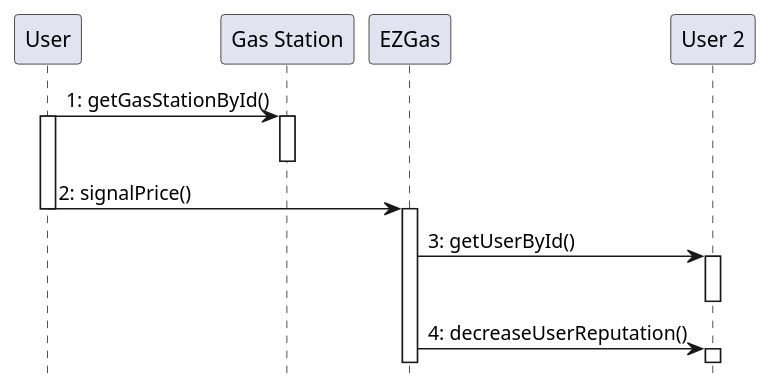
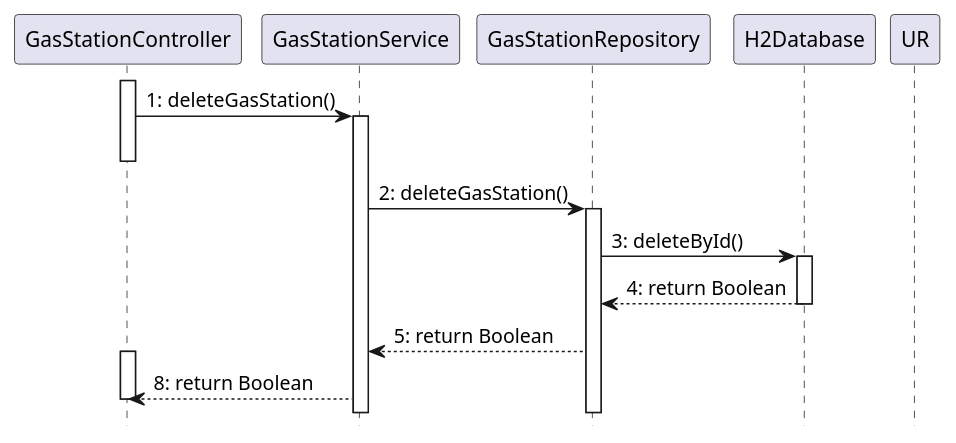
Before and after one commit to SE2-group4/SE1-project: diagram 11 of 15 in docs/DesignDocument.md, drawn with PlantUML. The commit also changed other lines of this file, not shown here.

````diff
--- a/docs/DesignDocument.md
+++ b/docs/DesignDocument.md
@@ -640,30 +778,33 @@
 ```plantuml
-
 @startuml
 hide footbox
 skinparam shadowing false
 
-participant User as U
-participant "Gas Station" as GS
-participant EZGas as E
-participant "User 2" as U2
+participant GasStationController as GC
+participant GasStationService as GS
+participant GasStationRepository as GR
+participant H2Database as H2
 
-U -> GS: 1: getGasStationById()
-activate U
+activate GC
+GC -> GS: 1: deleteGasStation()
 activate GS
+deactivate GC
 
-deactivate GS
-U -> E: 2: signalPrice()
-deactivate U
-activate E
+GS -> GR: 2: deleteGasStation()
+activate GR
 
-E -> U2: 3: getUserById()
-activate U2
+GR -> H2: 3: deleteById()
 
-deactivate U2
-E -> U2: 4: decreaseUserReputation()
-activate U2
+activate H2
+H2 --> GR: 4: return Boolean
+deactivate H2
 
+
+GR --> GS: 5: return Boolean
+deactivate UR
+
+activate GC
+GS --> GC: 8: return Boolean
+deactivate GC
 @enduml
-
 ```
````
